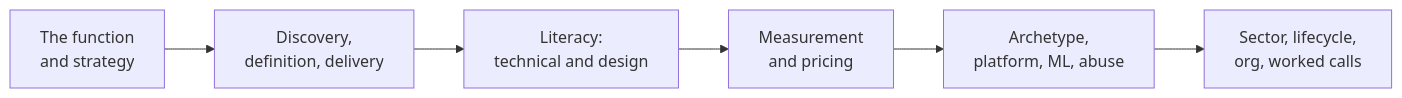
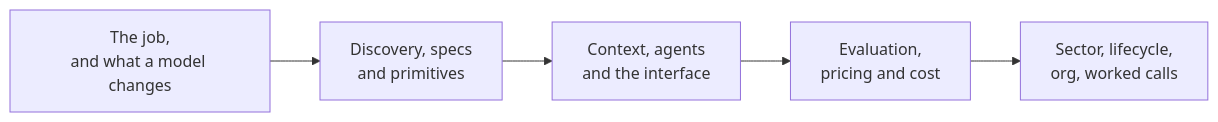
The second of 2 diagrams in product-management/README.md (kartikb2k02/learningmaterial), drawn with Mermaid before and after one commit. The commit also changed other lines of this file and 18 other files, not shown here.

````diff
--- a/product-management/README.md
+++ b/product-management/README.md
@@ -67,13 +76,12 @@
 ```mermaid
 flowchart LR
-  A["The function<br/>and strategy"] --> B["Discovery,<br/>definition, delivery"]
-  B --> C["Literacy:<br/>technical and design"]
-  C --> D["Measurement<br/>and pricing"]
-  D --> E["Archetype,<br/>platform, ML, abuse"]
-  E --> F["Sector, lifecycle,<br/>org, worked calls"]
+  A["The job,<br/>and what a model changes"] --> B["Discovery, specs<br/>and primitives"]
+  B --> C["Context, agents<br/>and the interface"]
+  C --> D["Evaluation,<br/>pricing and cost"]
+  D --> E["Sector, lifecycle,<br/>org, worked calls"]
   class A neutral
-  class B,C compute
+  class B compute
+  class C io
   class D queue
-  class E io
-  class F memory
+  class E memory
 ```
````
